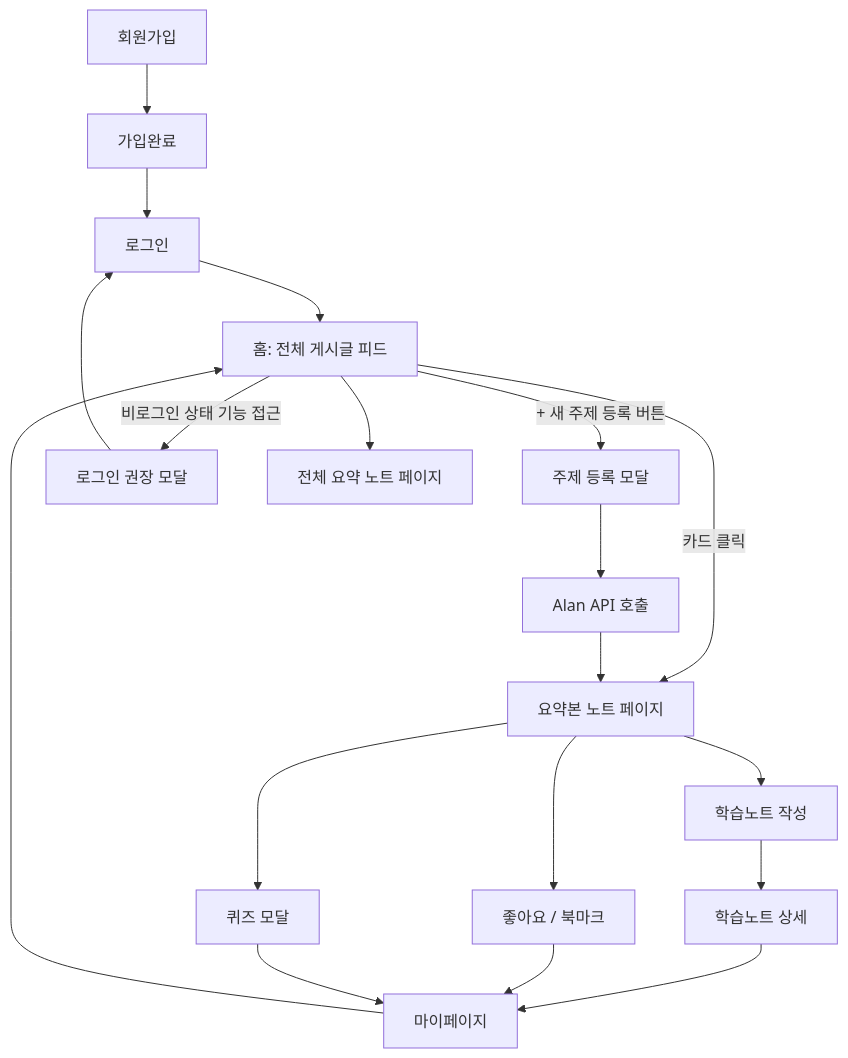
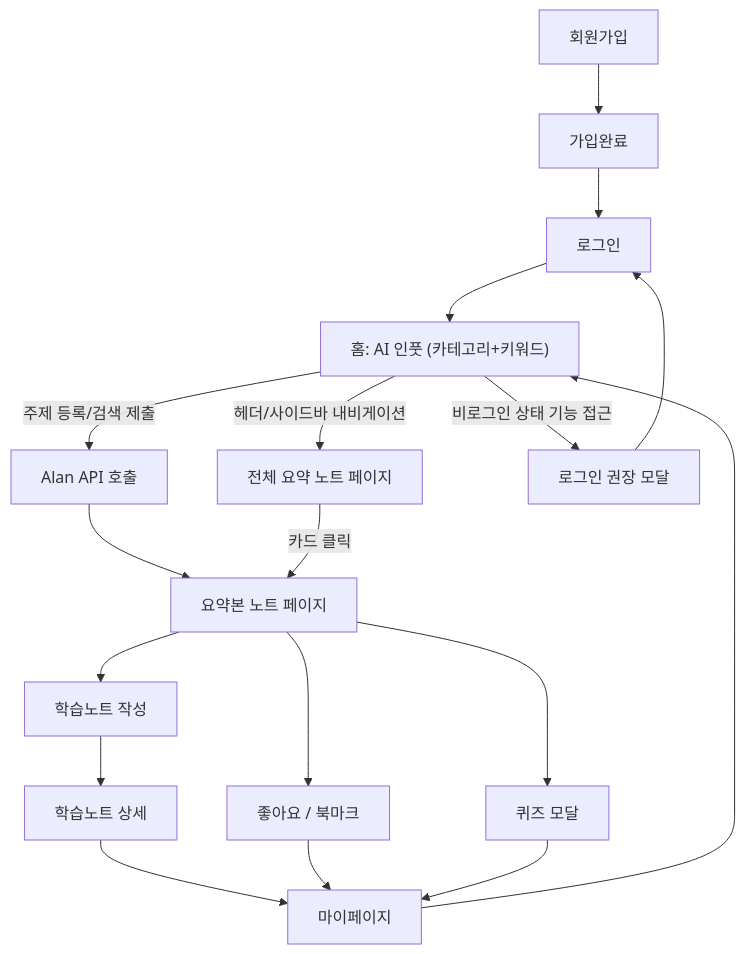
Before and after one commit to agw76638/feda-context: the diagram in project-overview.md, drawn with Mermaid. The commit also changed other lines of this file, not shown here.

````diff
--- a/project-overview.md
+++ b/project-overview.md
@@ -159,21 +159,20 @@
 ```mermaid
 flowchart TD
   Signup["회원가입"] --> Done["가입완료"]
   Done --> Login["로그인"]
-  Login --> Home["홈: 전체 게시글 피드"]
-  Home -->|"카드 클릭"| Summary["요약본 노트 페이지"]
-  Home -->|"+ 새 주제 등록 버튼"| RegModal["주제 등록 모달"]
+  Login --> Home["홈: AI 인풋 (카테고리+키워드)"]
+  Home -->|"주제 등록/검색 제출"| Alan["Alan API 호출"]
+  Alan --> Summary["요약본 노트 페이지"]
+  Home -->|"헤더/사이드바 내비게이션"| AllSummary["전체 요약 노트 페이지"]
+  AllSummary -->|"카드 클릭"| Summary
   Home -->|"비로그인 상태 기능 접근"| AuthModal["로그인 권장 모달"]
   AuthModal --> Login
-  RegModal --> Alan["Alan API 호출"]
-  Alan --> Summary
   Summary --> QuizModal["퀴즈 모달"]
   Summary --> NoteWrite["학습노트 작성"]
   NoteWrite --> NoteDetail["학습노트 상세"]
   Summary --> Like["좋아요 / 북마크"]
-  Home --> AllSummary["전체 요약 노트 페이지"]
   NoteDetail --> My["마이페이지"]
   Like --> My
   QuizModal --> My
   My --> Home
 ```
````
